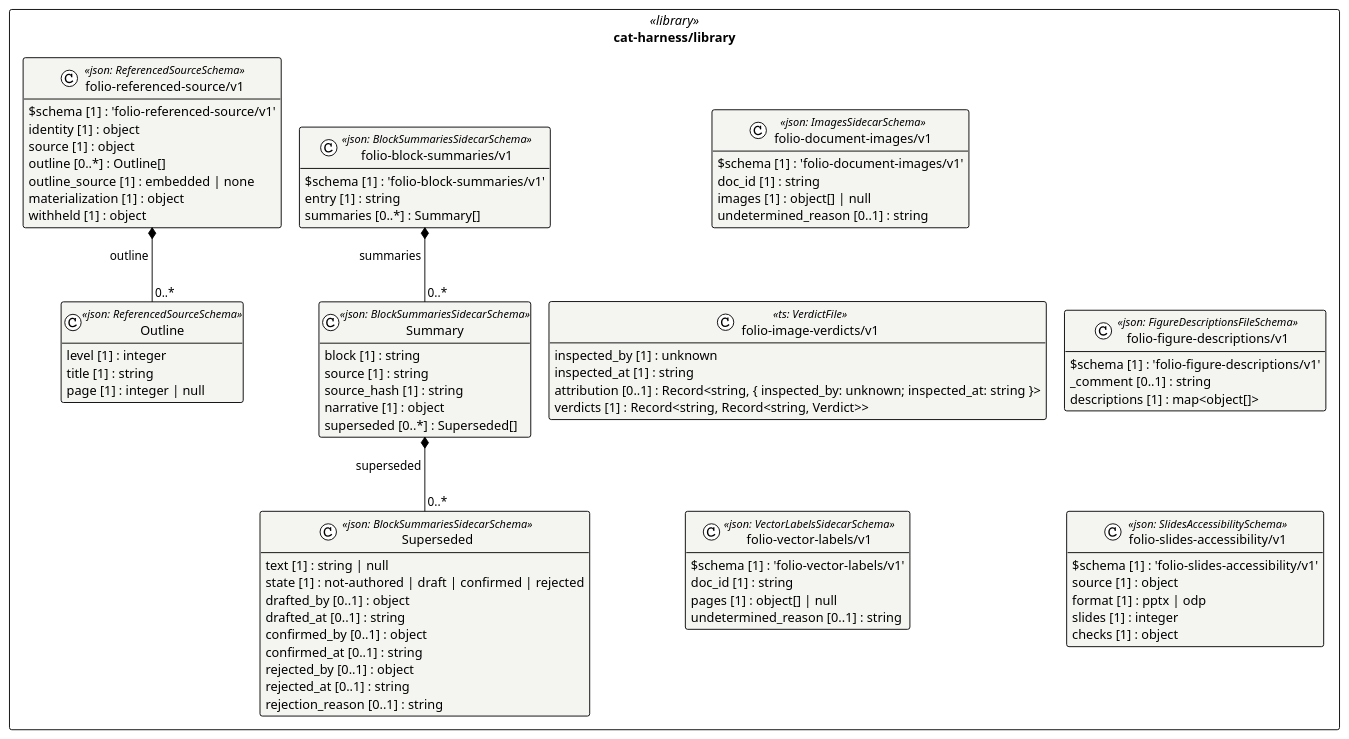
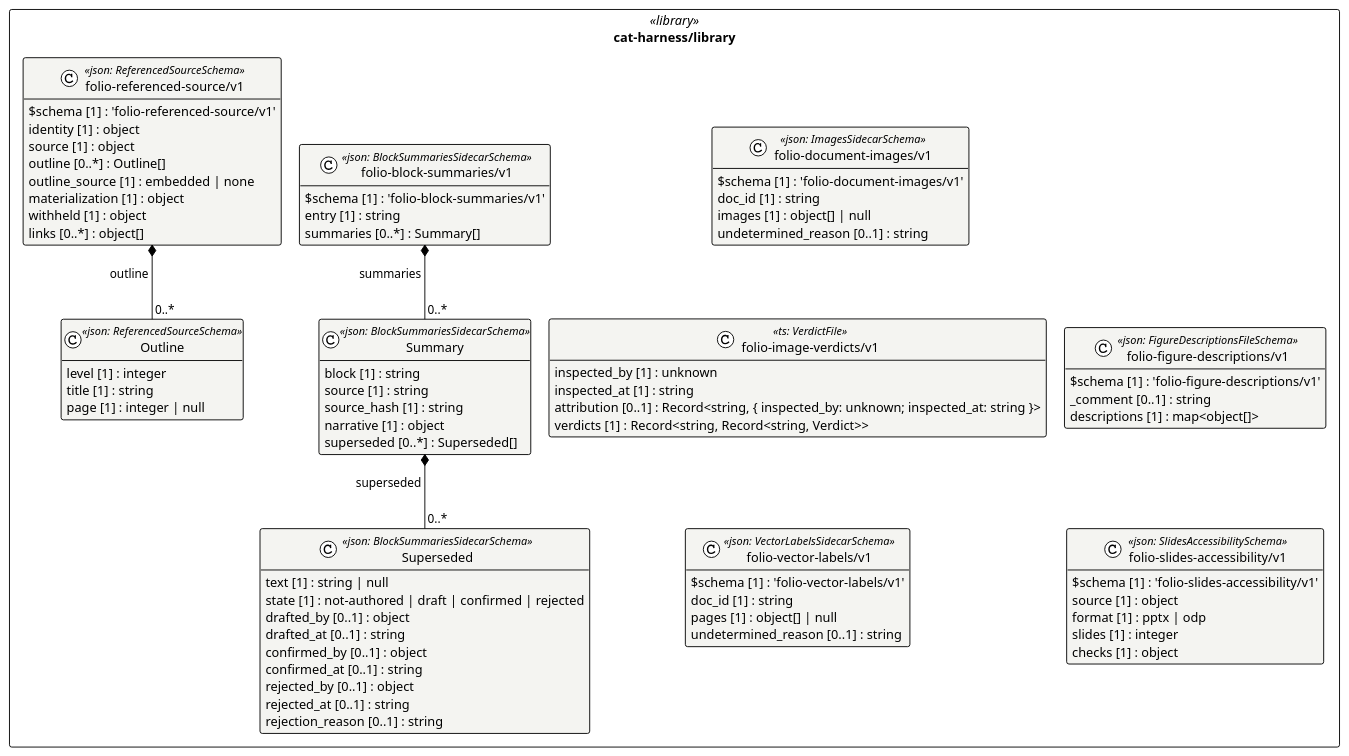
Before and after one commit to litlfred/folio-assistant: the diagram in cat-harness/uml/overview/cat-harness/library.puml, drawn with PlantUML. The commit also changed 293 other files, not shown here.

```diff
--- a/cat-harness/uml/overview/cat-harness/library.puml
+++ b/cat-harness/uml/overview/cat-harness/library.puml
@@ -3,82 +3,83 @@
 @startuml cat_harness_library
 !pragma layout elk
 !theme plain
 skinparam classAttributeIconSize 0
 skinparam shadowing false
 skinparam packageStyle rectangle
 hide empty methods
 
 package "cat-harness/library" as pkg_cat_harness_library <<library>> {
   class "folio-document-images/v1" as cat_harness_library_folio_document_images_v1_folio_document_images_v1 <<json: ImagesSidecarSchema>> #f4f4f1 {
     $schema [1] : 'folio-document-images/v1'
     doc_id [1] : string
     images [1] : object[] | null
     undetermined_reason [0..1] : string
   }
   class "folio-image-verdicts/v1" as cat_harness_library_folio_image_verdicts_v1 <<ts: VerdictFile>> #f4f4f1 {
     inspected_by [1] : unknown
     inspected_at [1] : string
     attribution [0..1] : Record<string, { inspected_by: unknown; inspected_at: string }>
     verdicts [1] : Record<string, Record<string, Verdict>>
   }
   class "folio-vector-labels/v1" as cat_harness_library_folio_vector_labels_v1_folio_vector_labels_v1 <<json: VectorLabelsSidecarSchema>> #f4f4f1 {
     $schema [1] : 'folio-vector-labels/v1'
     doc_id [1] : string
     pages [1] : object[] | null
     undetermined_reason [0..1] : string
   }
   class "folio-figure-descriptions/v1" as cat_harness_library_folio_figure_descriptions_v1_folio_figure_descriptions_v1 <<json: FigureDescriptionsFileSchema>> #f4f4f1 {
     $schema [1] : 'folio-figure-descriptions/v1'
     _comment [0..1] : string
     descriptions [1] : map<object[]>
   }
   class "Superseded" as cat_harness_library_folio_block_summaries_v1_Superseded <<json: BlockSummariesSidecarSchema>> #f4f4f1 {
     text [1] : string | null
     state [1] : not-authored | draft | confirmed | rejected
     drafted_by [0..1] : object
     drafted_at [0..1] : string
     confirmed_by [0..1] : object
     confirmed_at [0..1] : string
     rejected_by [0..1] : object
     rejected_at [0..1] : string
     rejection_reason [0..1] : string
   }
   class "Summary" as cat_harness_library_folio_block_summaries_v1_Summary <<json: BlockSummariesSidecarSchema>> #f4f4f1 {
     block [1] : string
     source [1] : string
     source_hash [1] : string
     narrative [1] : object
     superseded [0..*] : Superseded[]
   }
   class "folio-block-summaries/v1" as cat_harness_library_folio_block_summaries_v1_folio_block_summaries_v1 <<json: BlockSummariesSidecarSchema>> #f4f4f1 {
     $schema [1] : 'folio-block-summaries/v1'
     entry [1] : string
     summaries [0..*] : Summary[]
   }
   class "folio-slides-accessibility/v1" as cat_harness_library_folio_slides_accessibility_v1_folio_slides_accessibility_v1 <<json: SlidesAccessibilitySchema>> #f4f4f1 {
     $schema [1] : 'folio-slides-accessibility/v1'
     source [1] : object
     format [1] : pptx | odp
     slides [1] : integer
     checks [1] : object
   }
   class "Outline" as cat_harness_library_folio_referenced_source_v1_Outline <<json: ReferencedSourceSchema>> #f4f4f1 {
     level [1] : integer
     title [1] : string
     page [1] : integer | null
   }
   class "folio-referenced-source/v1" as cat_harness_library_folio_referenced_source_v1_folio_referenced_source_v1 <<json: ReferencedSourceSchema>> #f4f4f1 {
     $schema [1] : 'folio-referenced-source/v1'
     identity [1] : object
     source [1] : object
     outline [0..*] : Outline[]
     outline_source [1] : embedded | none
     materialization [1] : object
     withheld [1] : object
+    links [0..*] : object[]
   }
 }
 
 cat_harness_library_folio_block_summaries_v1_Summary *-- "0..*" cat_harness_library_folio_block_summaries_v1_Superseded : superseded
 cat_harness_library_folio_block_summaries_v1_folio_block_summaries_v1 *-- "0..*" cat_harness_library_folio_block_summaries_v1_Summary : summaries
 cat_harness_library_folio_referenced_source_v1_folio_referenced_source_v1 *-- "0..*" cat_harness_library_folio_referenced_source_v1_Outline : outline
 @enduml
```
